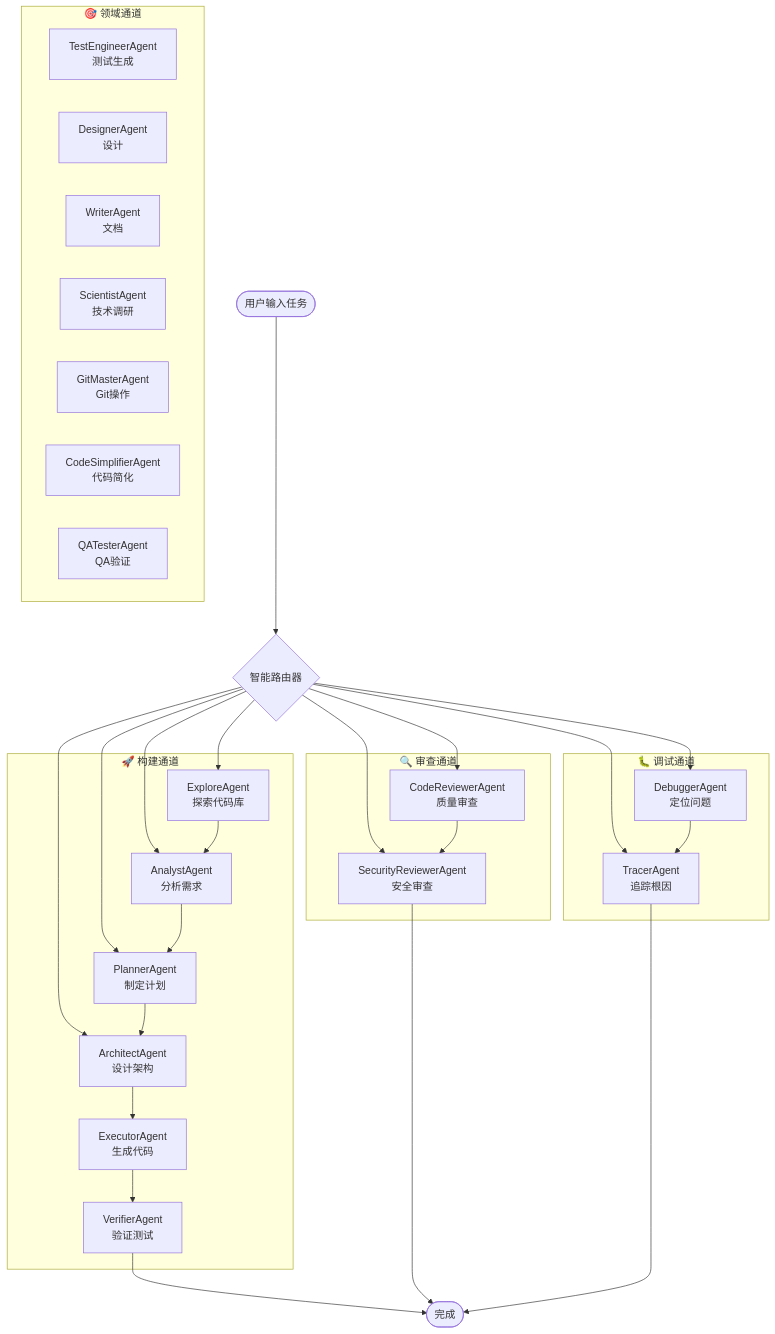
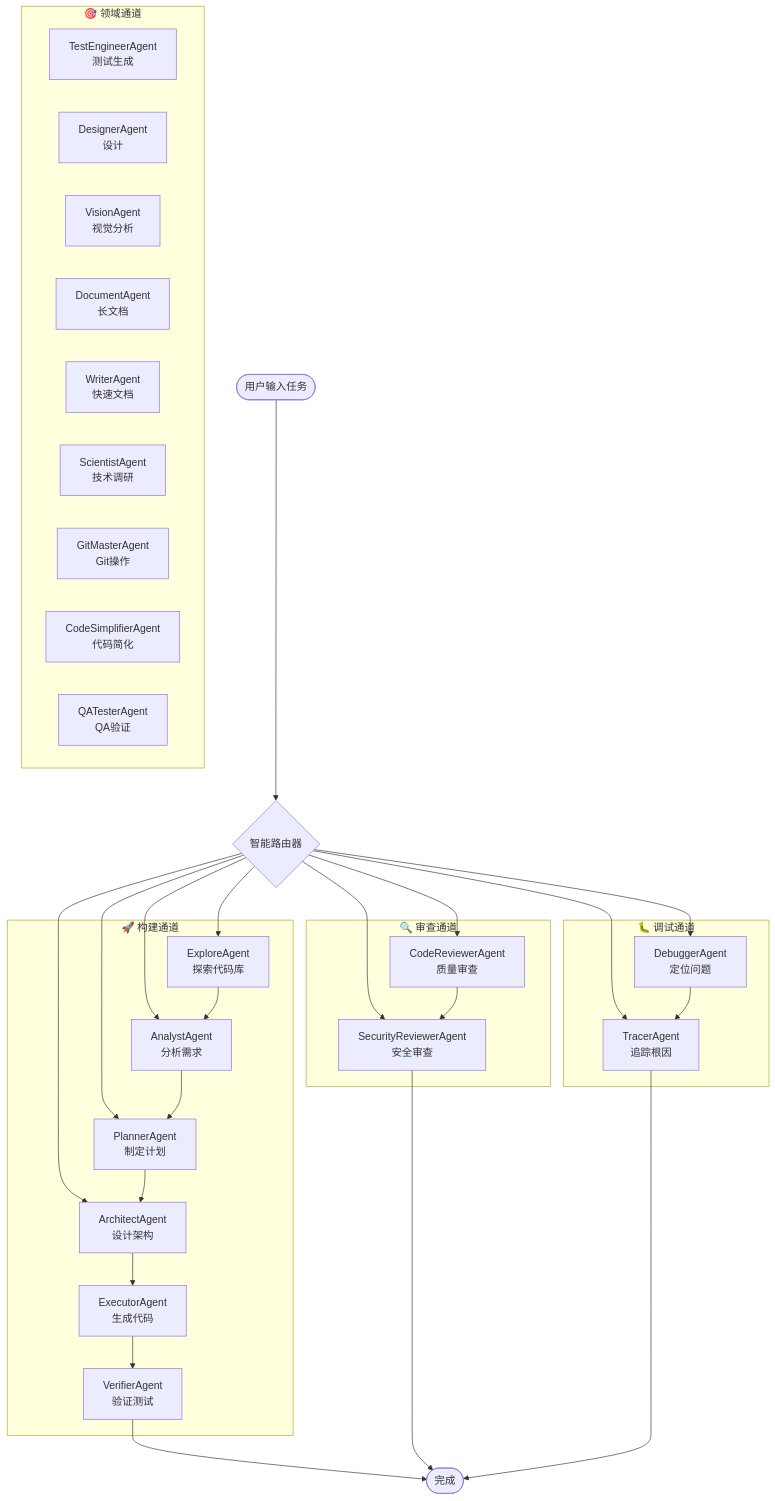
One commit to VOBC/oh-my-coder changed the diagram in README.md. Above: the diagram before and after it, drawn with Mermaid. The commit also changed other lines of this file and 3 other files, not shown here.

First line of the commit message:
feat: 新增 VisionAgent 和 DocumentAgent + 修正 README Agent 数量

````diff
--- a/README.md
+++ b/README.md
@@ -376,57 +376,59 @@
 ```mermaid
 flowchart TD
     User([用户输入任务])
     Router{智能路由器}
 
     subgraph Build["🚀 构建通道"]
         E[ExploreAgent<br/>探索代码库]
         A[AnalystAgent<br/>分析需求]
         P[PlannerAgent<br/>制定计划]
         AR[ArchitectAgent<br/>设计架构]
         EX[ExecutorAgent<br/>生成代码]
         V[VerifierAgent<br/>验证测试]
     end
 
     subgraph Review["🔍 审查通道"]
         CR[CodeReviewerAgent<br/>质量审查]
         SR[SecurityReviewerAgent<br/>安全审查]
     end
 
     subgraph Debug["🐛 调试通道"]
         DB[DebuggerAgent<br/>定位问题]
         TR[TracerAgent<br/>追踪根因]
     end
 
     subgraph Domain["🎯 领域通道"]
         TE[TestEngineerAgent<br/>测试生成]
         DS[DesignerAgent<br/>设计]
-        WT[WriterAgent<br/>文档]
+        VI[VisionAgent<br/>视觉分析]
+        DC[DocumentAgent<br/>长文档]
+        WT[WriterAgent<br/>快速文档]
         SC[ScientistAgent<br/>技术调研]
         GM[GitMasterAgent<br/>Git操作]
         CS[CodeSimplifierAgent<br/>代码简化]
         QA[QATesterAgent<br/>QA验证]
     end
 
     User --> Router
     Router --> E
     Router --> A
     Router --> P
     Router --> AR
     Router --> CR
     Router --> SR
     Router --> DB
     Router --> TR
 
     E --> A
     A --> P
     P --> AR
     AR --> EX
     EX --> V
 
     DB --> TR
     CR --> SR
 
     V --> Result([完成])
     SR --> Result
     TR --> Result
 ```
````
